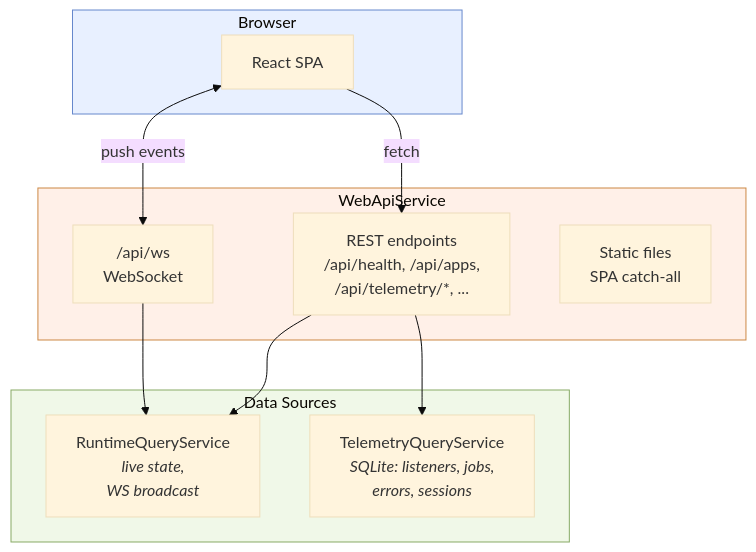
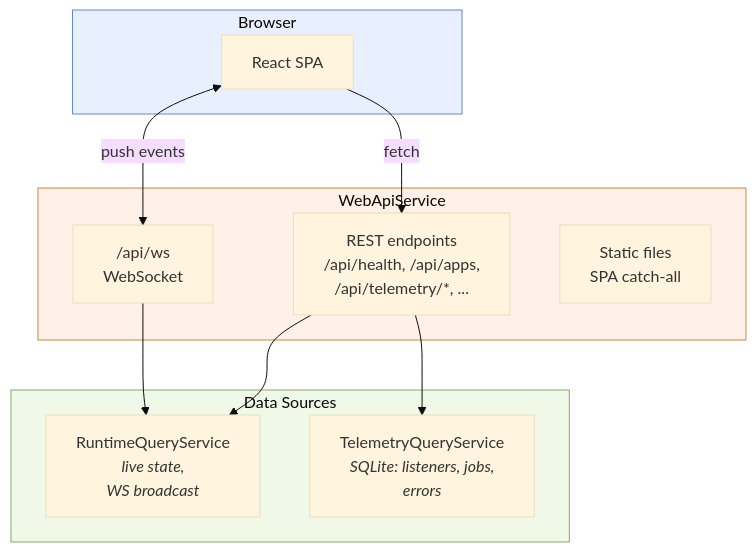
One commit to NodeJSmith/hassette changed the fifth of 5 diagrams in docs/pages/core-concepts/internals/service-details.md. Above: the diagram before and after it, drawn with Mermaid (base theme).

Commit message:
refactor: address review findings in telemetry diagram label

````diff
--- a/docs/pages/core-concepts/internals/service-details.md
+++ b/docs/pages/core-concepts/internals/service-details.md
@@ -339,29 +339,29 @@
 ```mermaid
 flowchart TD
     accTitle: Web Layer
     accDescr: How the frontend connects to backend data sources
 
     subgraph browser["Browser"]
         SPA["React SPA"]
     end
 
     subgraph server["WebApiService"]
         rest["REST endpoints<br/>/api/health, /api/apps,<br/>/api/telemetry/*, ..."]
         ws["/api/ws<br/>WebSocket"]
         static["Static files<br/>SPA catch-all"]
     end
 
     subgraph data["Data Sources"]
         RQS["RuntimeQueryService<br/><i>live state,<br/>WS broadcast</i>"]
-        TQS["TelemetryQueryService<br/><i>SQLite: listeners, jobs,<br/>errors, sessions</i>"]
+        TQS["TelemetryQueryService<br/><i>SQLite: listeners, jobs,<br/>errors</i>"]
     end
 
     SPA -- "fetch" --> rest
     SPA <-- "push events" --> ws
     rest --> RQS & TQS
     ws --> RQS
 
     style browser fill:#e8f0ff,stroke:#6688cc
     style server fill:#fff0e8,stroke:#cc8844
     style data fill:#f0f8e8,stroke:#88aa66
 ```
````
